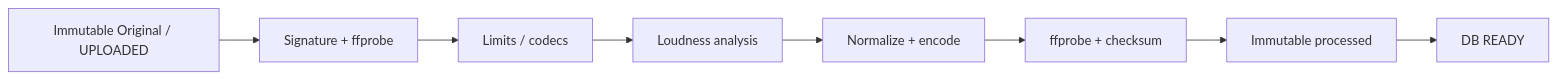
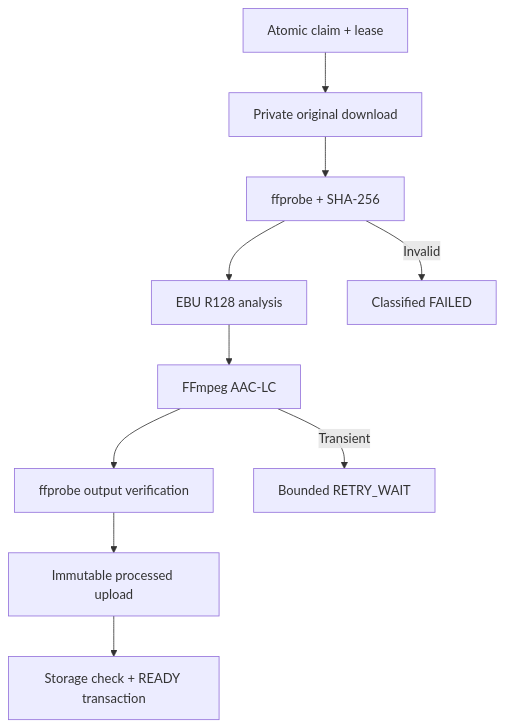
Before and after one commit to Mtzallqmy/Quran-yomk: the first of 2 diagrams in docs/AUDIO_PIPELINE.md, drawn with Mermaid. The commit also changed other lines of this file and 34 other files, not shown here.

Commit message:
feat(audio-worker): implement ffprobe and ffmpeg pipeline

````diff
--- a/docs/AUDIO_PIPELINE.md
+++ b/docs/AUDIO_PIPELINE.md
@@ -35,10 +7,12 @@
 ```mermaid
-flowchart LR
-  Upload["Immutable Original / UPLOADED"] --> Sniff["Signature + ffprobe"]
-  Sniff --> Validate["Limits / codecs"]
-  Validate --> Pass1["Loudness analysis"]
-  Pass1 --> Encode["Normalize + encode"]
-  Encode --> Verify["ffprobe + checksum"]
-  Verify --> Store["Immutable processed"]
-  Store --> Ready["DB READY"]
+flowchart TD
+  Claim["Atomic claim + lease"] --> Download["Private original download"]
+  Download --> Probe["ffprobe + SHA-256"]
+  Probe --> Normalize["EBU R128 analysis"]
+  Normalize --> Encode["FFmpeg AAC-LC"]
+  Encode --> Verify["ffprobe output verification"]
+  Verify --> Upload["Immutable processed upload"]
+  Upload --> Commit["Storage check + READY transaction"]
+  Probe -->|Invalid| Fail["Classified FAILED"]
+  Encode -->|Transient| Retry["Bounded RETRY_WAIT"]
 ```
````
